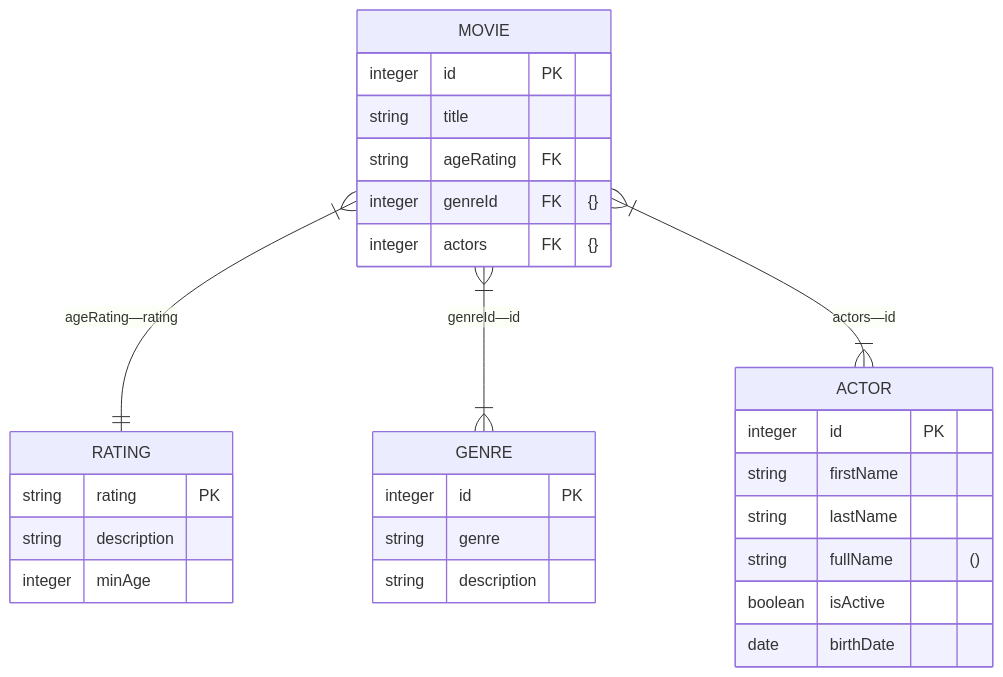
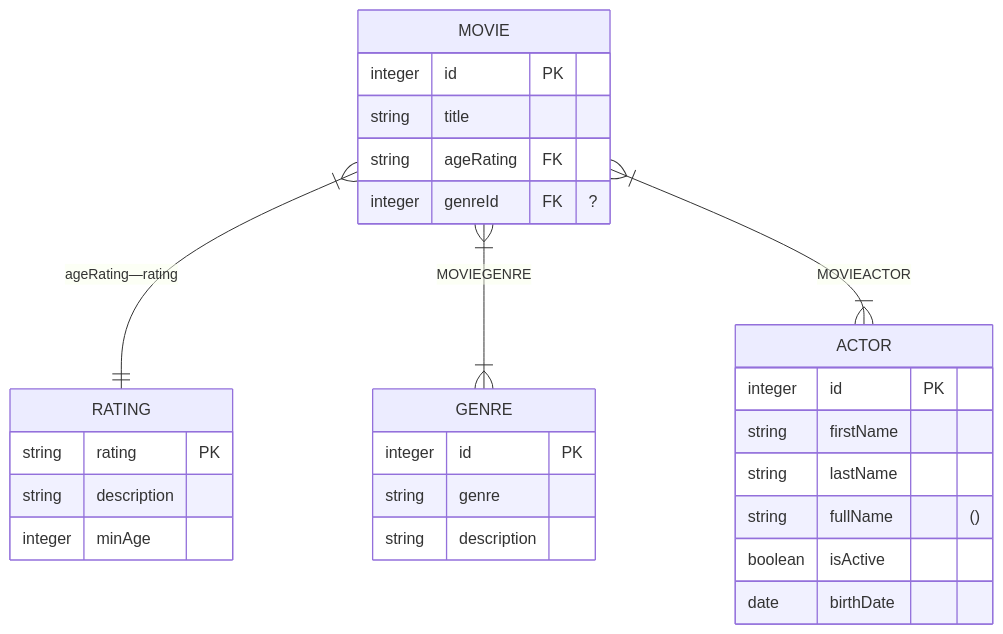
The fourth of 6 diagrams in CSDS 341 - Intro to Databases/HW/1/Tables.md (tnichols217/notes), drawn with Mermaid before and after one commit. The commit also changed other lines of this file and 5 other files, not shown here.

````diff
--- a/CSDS 341 - Intro to Databases/HW/1/Tables.md
+++ b/CSDS 341 - Intro to Databases/HW/1/Tables.md
@@ -175,31 +190,30 @@
 ```mermaid
 erDiagram
     RATING {
         string rating PK
         string description
         integer minAge
     }
     GENRE {
         integer id PK
         string genre
         string description
     }
     MOVIE {
         integer id PK
         string title
         string ageRating FK
-        integer genreId FK "{}"
-        integer actors FK "{}"
+        integer genreId FK "?"
     }
     ACTOR {
 	    integer id PK
 	    string firstName
 	    string lastName
 	    string fullName "()"
 	    boolean isActive
 	    date birthDate
     }
 	MOVIE }|--|| RATING : "ageRating—rating"
-	MOVIE }|--|{ GENRE : "genreId—id"
-	MOVIE }|--|{ ACTOR : "actors—id"
+	MOVIE }|--|{ GENRE : "MOVIEGENRE"
+	MOVIE }|--|{ ACTOR : "MOVIEACTOR"
 ```
````
